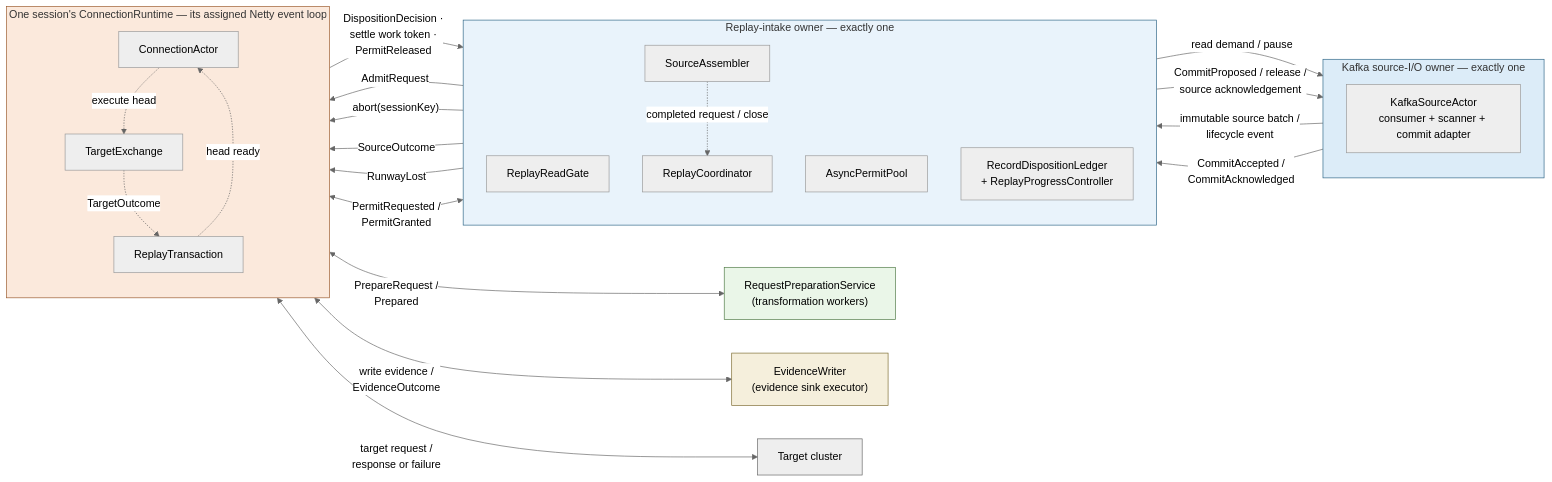
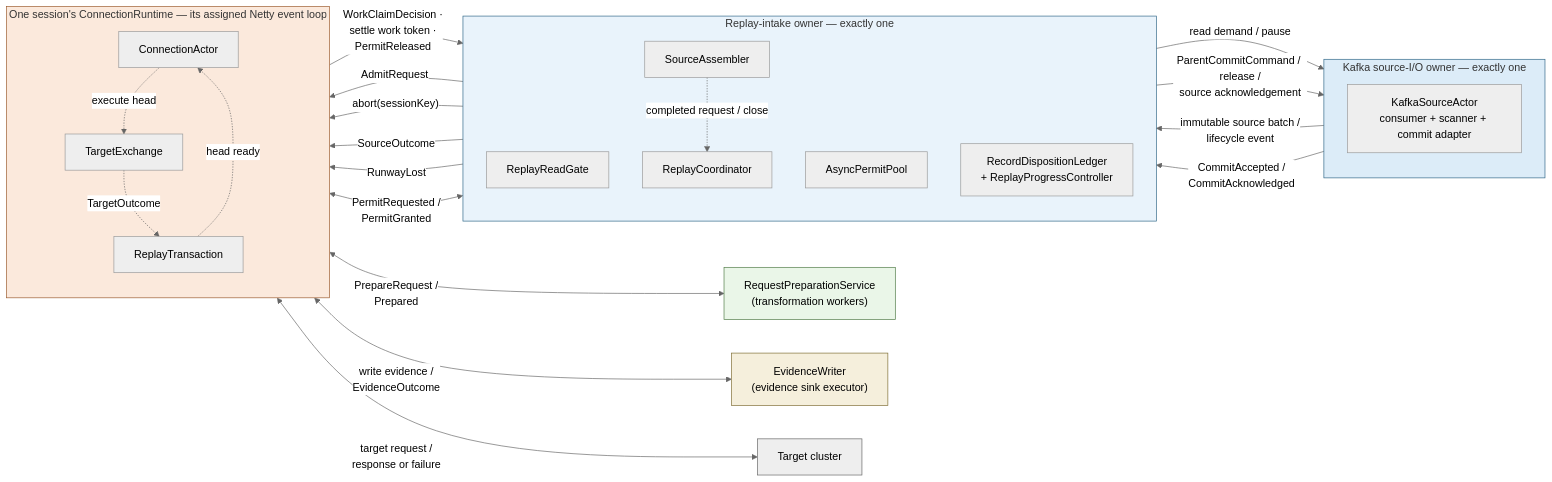
One commit to opensearch-project/opensearch-migrations changed the first of 4 diagrams in docs/replayerHardenedArchitectureDesign.md. Above: the diagram before and after it, drawn with Mermaid (neutral theme). The commit also changed other lines of this file and 3 other files, not shown here.

````diff
--- a/docs/replayerHardenedArchitectureDesign.md
+++ b/docs/replayerHardenedArchitectureDesign.md
@@ -610,56 +608,56 @@
 ```mermaid
 flowchart LR
     subgraph SOURCE["Kafka source-I/O owner — exactly one"]
         direction TB
         KSA["KafkaSourceActor<br/>consumer + scanner + commit adapter"]
     end
 
     subgraph INTAKE["Replay-intake owner — exactly one"]
         direction TB
         READ["ReplayReadGate"]
         ASM["SourceAssembler"]
         COORD["ReplayCoordinator"]
         POOL["AsyncPermitPool"]
         LEDGER["RecordDispositionLedger<br/>+ ReplayProgressController"]
     end
 
     subgraph LOOP["One session's ConnectionRuntime — its assigned Netty event loop"]
         direction TB
         ACTOR["ConnectionActor"]
         EXCH["TargetExchange"]
         TXN["ReplayTransaction"]
     end
 
     PREP["RequestPreparationService<br/>(transformation workers)"]
     EVID["EvidenceWriter<br/>(evidence sink executor)"]
     TARGET["Target cluster"]
 
     READ -->|"read demand / pause"| KSA
     KSA -->|"immutable source batch /<br/>lifecycle event"| ASM
-    LEDGER -->|"CommitProposed / release /<br/>source acknowledgement"| KSA
+    LEDGER -->|"ParentCommitCommand / release /<br/>source acknowledgement"| KSA
     KSA -->|"CommitAccepted /<br/>CommitAcknowledged"| LEDGER
     ASM -.->|"completed request / close"| COORD
 
     COORD -->|"AdmitRequest"| ACTOR
     COORD -->|"abort(sessionKey)"| ACTOR
     ASM -->|"SourceOutcome"| TXN
     COORD -->|"RunwayLost"| TXN
 
     POOL <-->|"PermitRequested /<br/>PermitGranted"| TXN
     TXN <-->|"PrepareRequest /<br/>Prepared"| PREP
     TXN <-->|"write evidence /<br/>EvidenceOutcome"| EVID
     EXCH <-->|"target request /<br/>response or failure"| TARGET
 
     TXN -.->|"head ready"| ACTOR
     ACTOR -.->|"execute head"| EXCH
     EXCH -.->|"TargetOutcome"| TXN
 
-    TXN -->|"DispositionDecision ·<br/>settle work token ·<br/>PermitReleased"| LEDGER
+    TXN -->|"WorkClaimDecision ·<br/>settle work token ·<br/>PermitReleased"| LEDGER
 
     style SOURCE fill:#dcecf8,stroke:#2f6687
     style INTAKE fill:#e9f3fb,stroke:#2f6687
     style LOOP fill:#fbe9dc,stroke:#9a5a2e
     style PREP fill:#eaf6e8,stroke:#4f7a46
     style EVID fill:#f5efdc,stroke:#7d6c32
     style TARGET fill:#eeeeee,stroke:#666666
 ```
````
